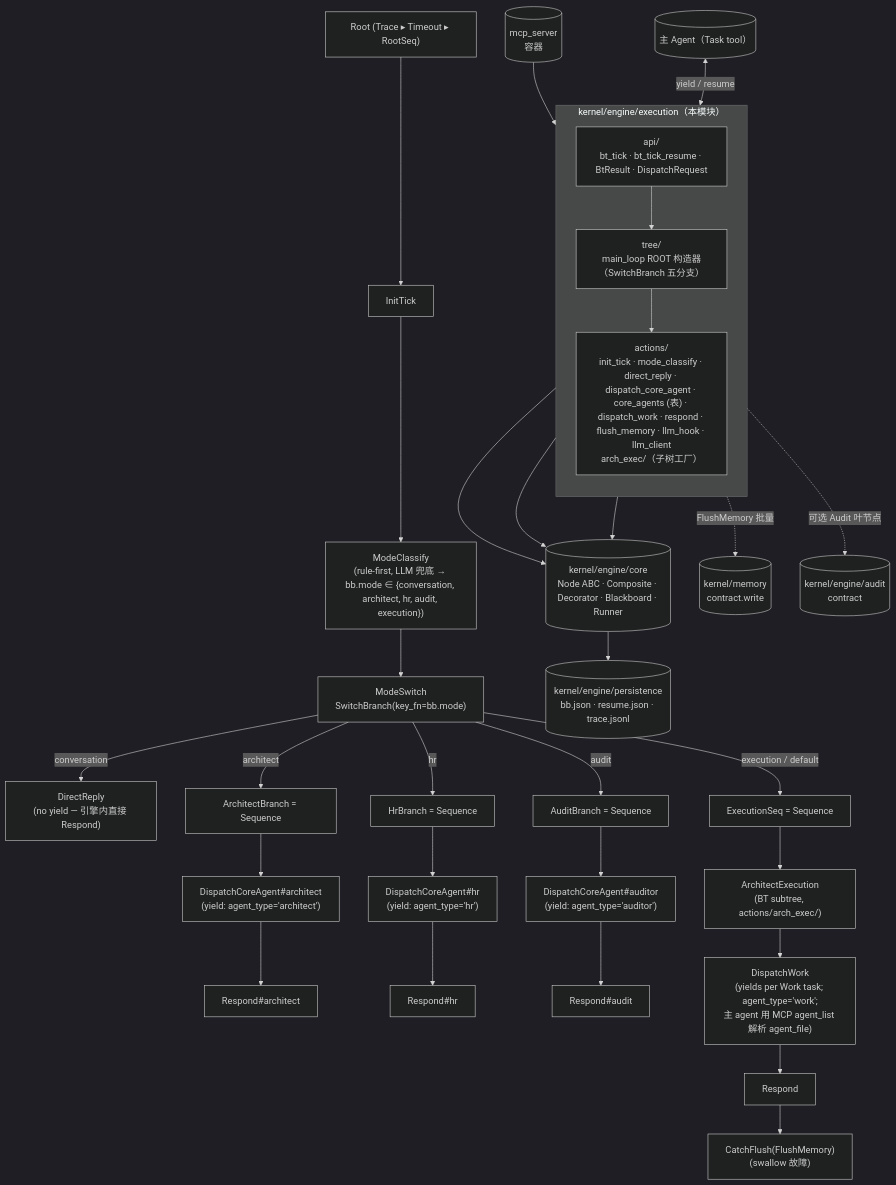
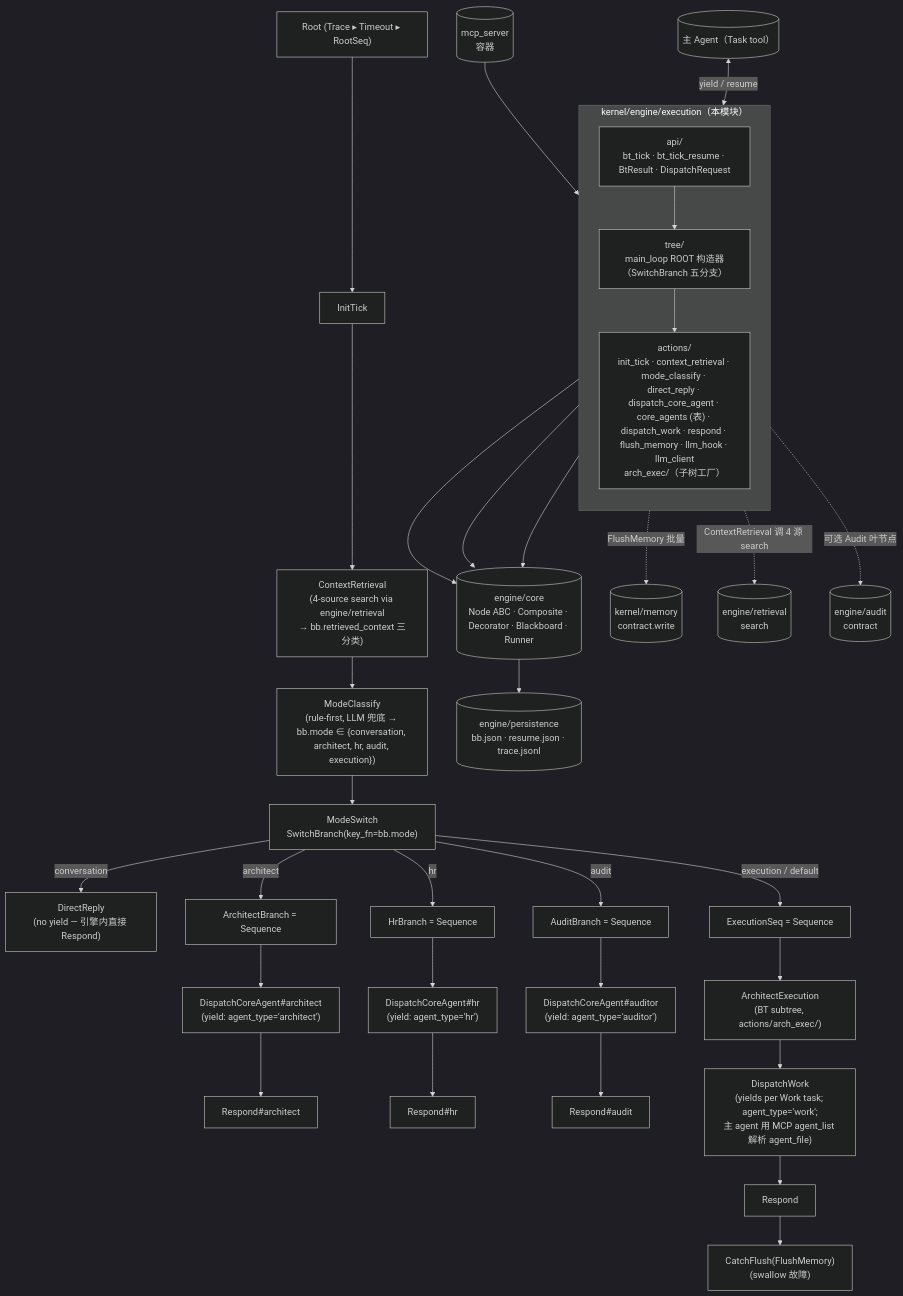
Before and after one commit to nan023062/agent-team-cc: the diagram in v1/kernel/engine/execution/.dna/module.md, drawn with Mermaid (dark theme). The commit also changed other lines of this file and 154 other files, not shown here.

First line of the commit message:
feat(v1+v2): memory v2 refactor + retrieval module + v2 Unity scaffold

````diff
--- a/v1/kernel/engine/execution/.dna/module.md
+++ b/v1/kernel/engine/execution/.dna/module.md
@@ -32,49 +33,52 @@
 ```mermaid
 flowchart TB
     Root["Root (Trace ▸ Timeout ▸ RootSeq)"]
     Init["InitTick"]
+    Retrieve["ContextRetrieval<br/>(4-source search via engine/retrieval<br/>→ bb.retrieved_context 三分类)"]
     Classify["ModeClassify<br/>(rule-first, LLM 兜底 → bb.mode ∈ {conversation, architect, hr, audit, execution})"]
     Switch["ModeSwitch<br/>SwitchBranch(key_fn=bb.mode)"]
 
-    Root --> Init --> Classify --> Switch
+    Root --> Init --> Retrieve --> Classify --> Switch
 
     Switch -->|conversation| Direct["DirectReply<br/>(no yield — 引擎内直接 Respond)"]
     Switch -->|architect| ArchB["ArchitectBranch = Sequence"]
     Switch -->|hr| HrB["HrBranch = Sequence"]
     Switch -->|audit| AuditB["AuditBranch = Sequence"]
     Switch -->|execution / default| ExecSeq["ExecutionSeq = Sequence"]
 
     ArchB --> DCAarch["DispatchCoreAgent#architect<br/>(yield: agent_type='architect')"] --> RespArch["Respond#architect"]
     HrB --> DCAhr["DispatchCoreAgent#hr<br/>(yield: agent_type='hr')"] --> RespHr["Respond#hr"]
     AuditB --> DCAaud["DispatchCoreAgent#auditor<br/>(yield: agent_type='auditor')"] --> RespAud["Respond#audit"]
 
     ExecSeq --> ArchExec["ArchitectExecution<br/>(BT subtree, actions/arch_exec/)"]
     ArchExec --> Work["DispatchWork<br/>(yields per Work task; agent_type='work';<br/>主 agent 用 MCP agent_list 解析 agent_file)"]
     Work --> RespExec["Respond"]
     RespExec --> CatchFlush["CatchFlush(FlushMemory)<br/>(swallow 故障)"]
 
     subgraph EXEC["kernel/engine/execution（本模块）"]
         direction TB
-        Actions["actions/<br/>init_tick · mode_classify · direct_reply · dispatch_core_agent · core_agents (表) · dispatch_work · respond · flush_memory · llm_hook · llm_client<br/>arch_exec/（子树工厂）"]
+        Actions["actions/<br/>init_tick · context_retrieval · mode_classify · direct_reply · dispatch_core_agent · core_agents (表) · dispatch_work · respond · flush_memory · llm_hook · llm_client<br/>arch_exec/（子树工厂）"]
         Tree["tree/<br/>main_loop ROOT 构造器（SwitchBranch 五分支）"]
         Api["api/<br/>bt_tick · bt_tick_resume · BtResult · DispatchRequest"]
     end
 
-    Core[("kernel/engine/core<br/>Node ABC · Composite · Decorator · Blackboard · Runner")]
+    Core[("engine/core<br/>Node ABC · Composite · Decorator · Blackboard · Runner")]
     MainAgent[("主 Agent（Task tool）")]
-    Persist[("kernel/engine/persistence<br/>bb.json · resume.json · trace.jsonl")]
+    Persist[("engine/persistence<br/>bb.json · resume.json · trace.jsonl")]
     Memory[("kernel/memory<br/>contract.write")]
-    AuditMod[("kernel/engine/audit<br/>contract")]
+    Retrieval[("engine/retrieval<br/>search")]
+    AuditMod[("engine/audit<br/>contract")]
     MCP[("mcp_server<br/>容器")]
 
     MCP --> Api
     MainAgent <-->|yield / resume| Api
     Api --> Tree
     Api --> Core
     Tree --> Core
     Tree --> Actions
     Actions --> Core
     Core --> Persist
+    Actions -.->|ContextRetrieval 调 4 源 search| Retrieval
     Actions -.->|FlushMemory 批量| Memory
     Actions -.->|可选 Audit 叶节点| AuditMod
 ```
````
